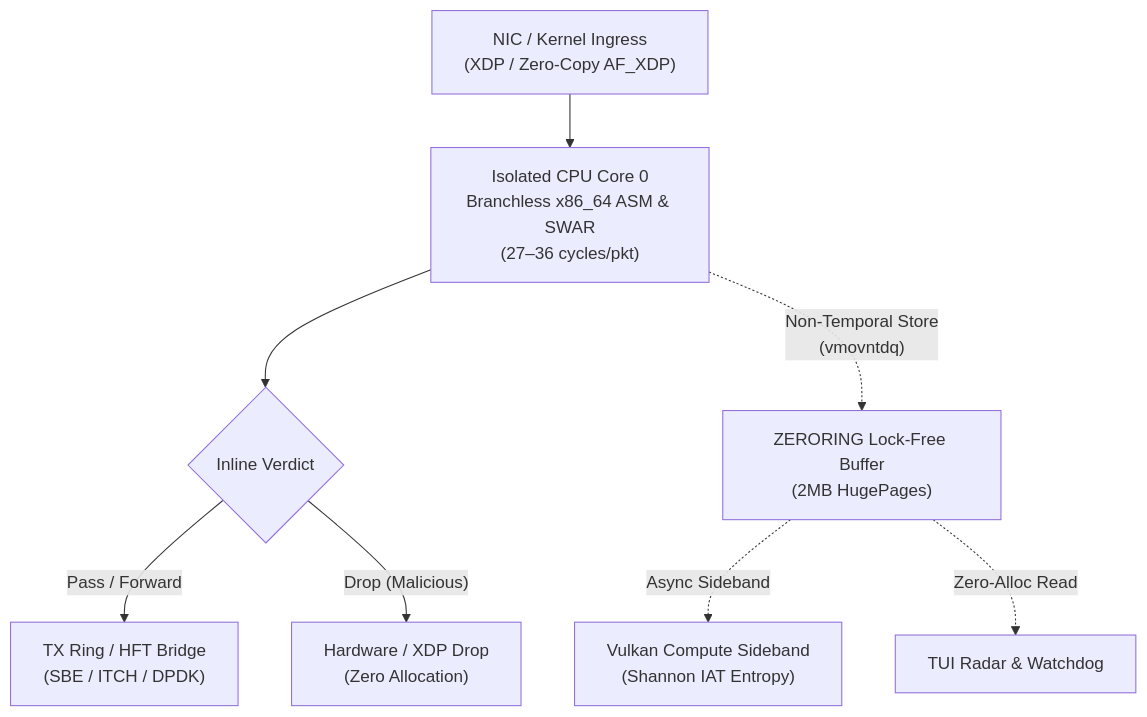
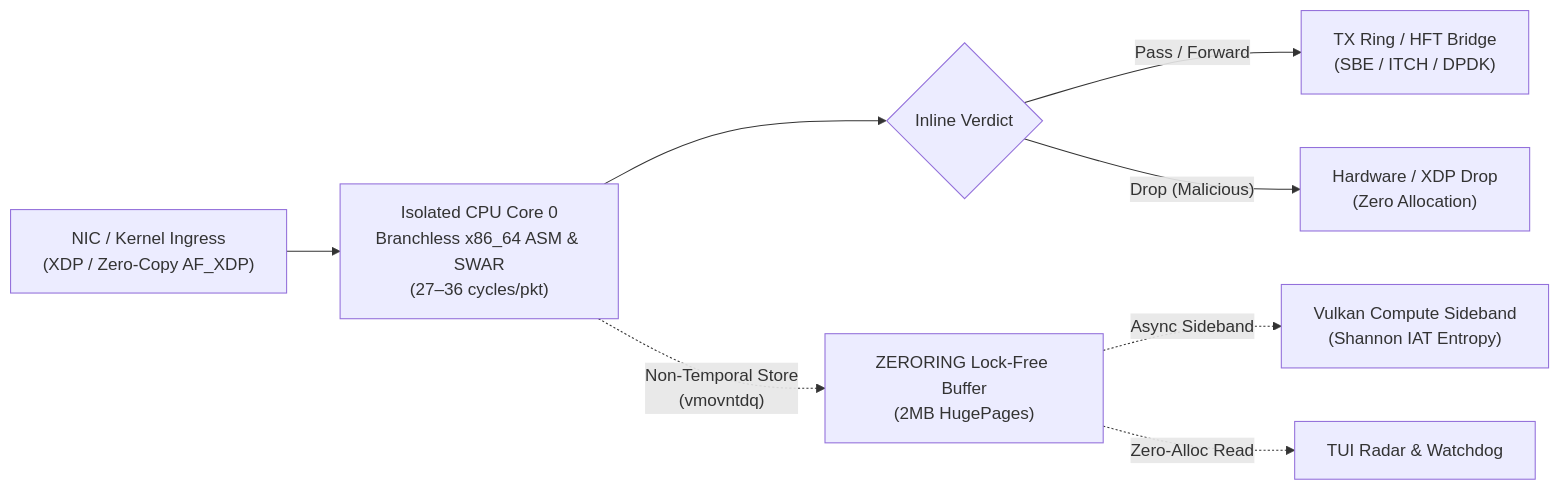
The first of 2 diagrams in README.md (zerokull1/zero-timing-manifesto), drawn with Mermaid before and after one commit. The commit also changed other lines of this file and 8 other files, not shown here.

````diff
--- a/README.md
+++ b/README.md
@@ -19,10 +16,10 @@
 ```mermaid
-flowchart TD
+flowchart LR
     NIC["NIC / Kernel Ingress<br/>(XDP / Zero-Copy AF_XDP)"] --> CPU["Isolated CPU Core 0<br/>Branchless x86_64 ASM & SWAR<br/>(27–36 cycles/pkt)"]
     CPU --> ACTION{"Inline Verdict"}
     ACTION -- "Pass / Forward" --> WIRE["TX Ring / HFT Bridge<br/>(SBE / ITCH / DPDK)"]
     ACTION -- "Drop (Malicious)" --> DROP["Hardware / XDP Drop<br/>(Zero Allocation)"]
     CPU -. "Non-Temporal Store<br/>(vmovntdq)" .-> RING["ZERORING Lock-Free Buffer<br/>(2MB HugePages)"]
     RING -. "Async Sideband" .-> GPU["Vulkan Compute Sideband<br/>(Shannon IAT Entropy)"]
     RING -. "Zero-Alloc Read" .-> TUI["TUI Radar & Watchdog"]
 ```
````
